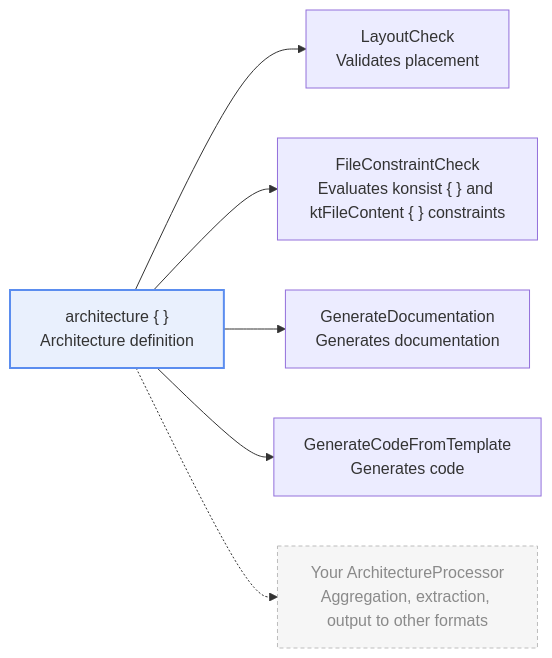
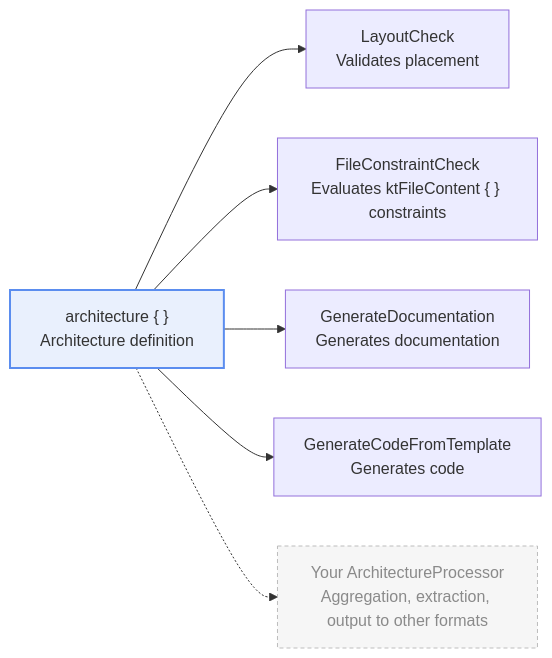
One commit to TBSten/katachi changed the diagram in docs/src/content/docs/guides/processor.mdx. Above: the diagram before and after it, drawn with Mermaid. The commit also changed other lines of this file and 42 other files, not shown here.

````diff
--- a/docs/src/content/docs/guides/processor.mdx
+++ b/docs/src/content/docs/guides/processor.mdx
@@ -50,12 +48,12 @@
 ```mermaid
 flowchart LR
     D["architecture { }<br/>Architecture definition"]
     D --> Layout["LayoutCheck<br/>Validates placement"]
-    D --> Konsist["FileConstraintCheck<br/>Evaluates konsist { } and ktFileContent { } constraints"]
+    D --> FileConstraint["FileConstraintCheck<br/>Evaluates ktFileContent { } constraints"]
     D --> Doc["GenerateDocumentation<br/>Generates documentation"]
     D --> Template["GenerateCodeFromTemplate<br/>Generates code"]
     D -.-> Custom["Your ArchitectureProcessor<br/>Aggregation, extraction, output to other formats"]
 
     style D fill:#5B8DEF22,stroke:#5B8DEF,stroke-width:2px
     style Custom fill:#BDBDBD22,stroke:#BDBDBD,stroke-dasharray:4 3,color:#8A8A8A
 ```
````
